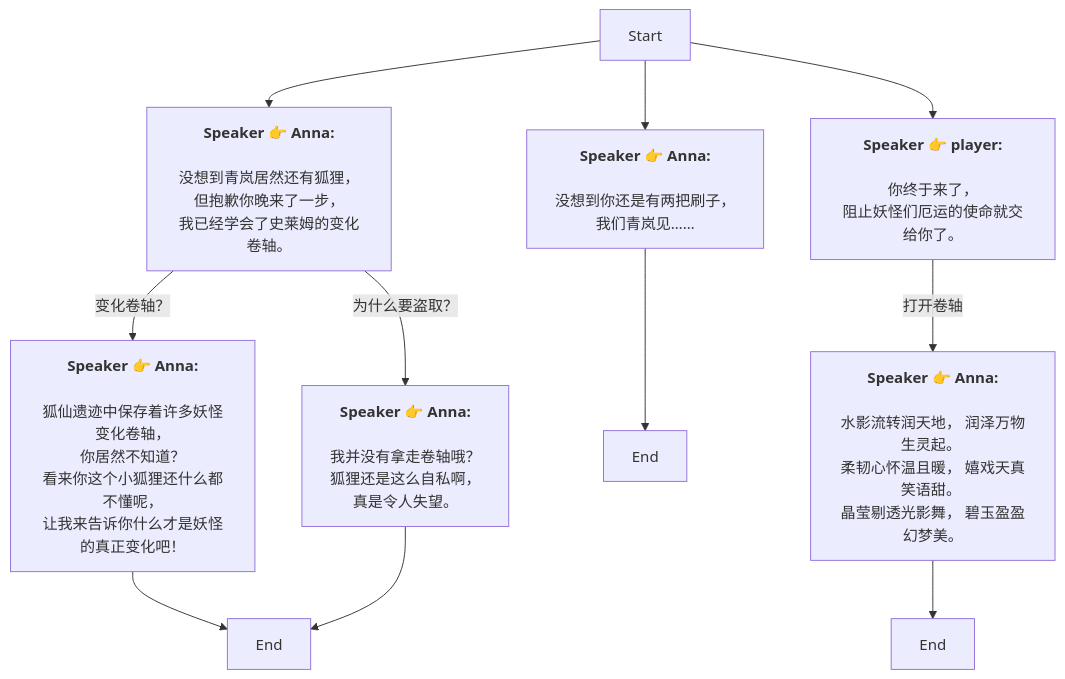
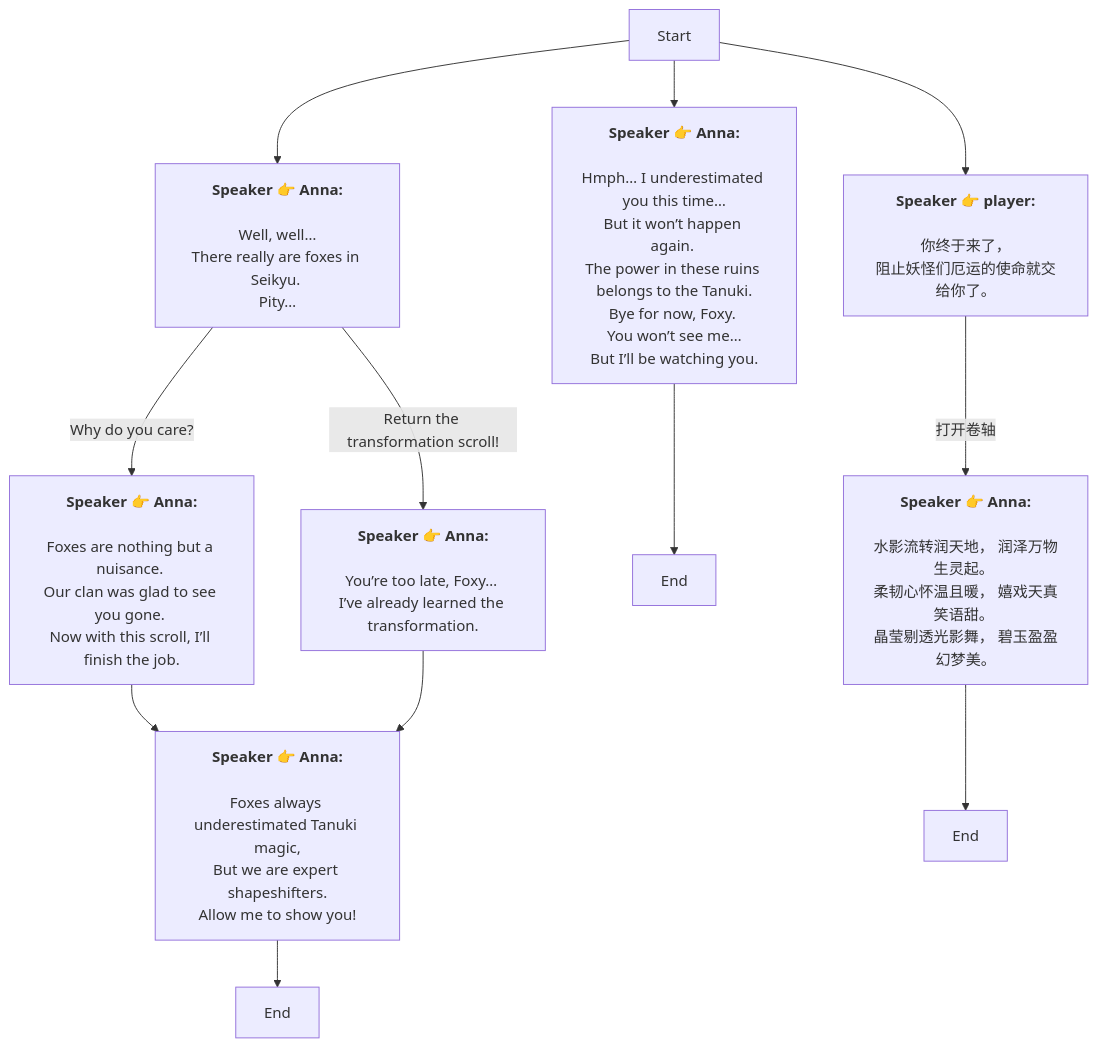
Before and after one commit to SoftHu/tos_avg: the diagram in Zh/BossFightAnji.md, drawn with Mermaid. The commit also changed 780 other files, not shown here.

````diff
--- a/Zh/BossFightAnji.md
+++ b/Zh/BossFightAnji.md
@@ -1,30 +1,37 @@
 ```mermaid
 graph
 Start -->1761904066451096[<b>Speaker 👉 Anna:</b>
-\n没想到青岚居然还有狐狸，
-但抱歉你晚来了一步，
-我已经学会了史莱姆的变化卷轴。]
-1761904066451096 -->|变化卷轴？|1761904219436703[<b>Speaker 👉 Anna:</b>
-\n狐仙遗迹中保存着许多妖怪变化卷轴，
-你居然不知道？\n看来你这个小狐狸还什么都不懂呢，
-让我来告诉你什么才是妖怪的真正变化吧！]
-1761904066451096 -->|为什么要盗取？|1761904217338526[<b>Speaker 👉 Anna:</b>
-\n我并没有拿走卷轴哦？
-狐狸还是这么自私啊，
-真是令人失望。]
-1761904219436703 -->1761904296355488[End]
-1761904217338526 -->1761904296355488[End]
+\nWell, well…
+There really are foxes in Seikyu. 
+Pity…]
+1761904066451096 -->|Return the transformation scroll!|1761904217338526[<b>Speaker 👉 Anna:</b>
+\nYou’re too late, Foxy… 
+I’ve already learned the transformation.]
+1761904066451096 -->|Why do you care?|1761904219436703[<b>Speaker 👉 Anna:</b>
+\nFoxes are nothing but a nuisance. 
+Our clan was glad to see you gone. 
+Now with this scroll, I’ll finish the job.]
+1761904219436703 -->1777657938748102[<b>Speaker 👉 Anna:</b>
+\nFoxes always underestimated Tanuki magic,
+But we are expert shapeshifters.\nAllow me to show you!]
+1777657938748102 -->1761904296355488[End]
+1761904217338526 -->1777657938748102[<b>Speaker 👉 Anna:</b>
+\nFoxes always underestimated Tanuki magic,
+But we are expert shapeshifters.\nAllow me to show you!]
 Start -->1761904323485346[<b>Speaker 👉 Anna:</b>
-\n没想到你还是有两把刷子，
-我们青岚见……]
+\nHmph… I underestimated you this time…
+But it won’t happen again. 
+The power in these ruins belongs to the Tanuki.\nBye for now, Foxy. 
+You won’t see me…
+But I’ll be watching you.]
 1761904323485346 -->1761904334855843[End]
 Start -->1761904364511909[<b>Speaker 👉 player:</b>
 \n你终于来了，
 阻止妖怪们厄运的使命就交给你了。]
 1761904364511909 -->|打开卷轴|1761904609494703[<b>Speaker 👉 Anna:</b>
 \n水影流转润天地， 润泽万物生灵起。 
 柔韧心怀温且暖， 嬉戏天真笑语甜。 
 晶莹剔透光影舞， 碧玉盈盈幻梦美。]
 1761904609494703 -->1761905058233008[End]
 
 ```
````
